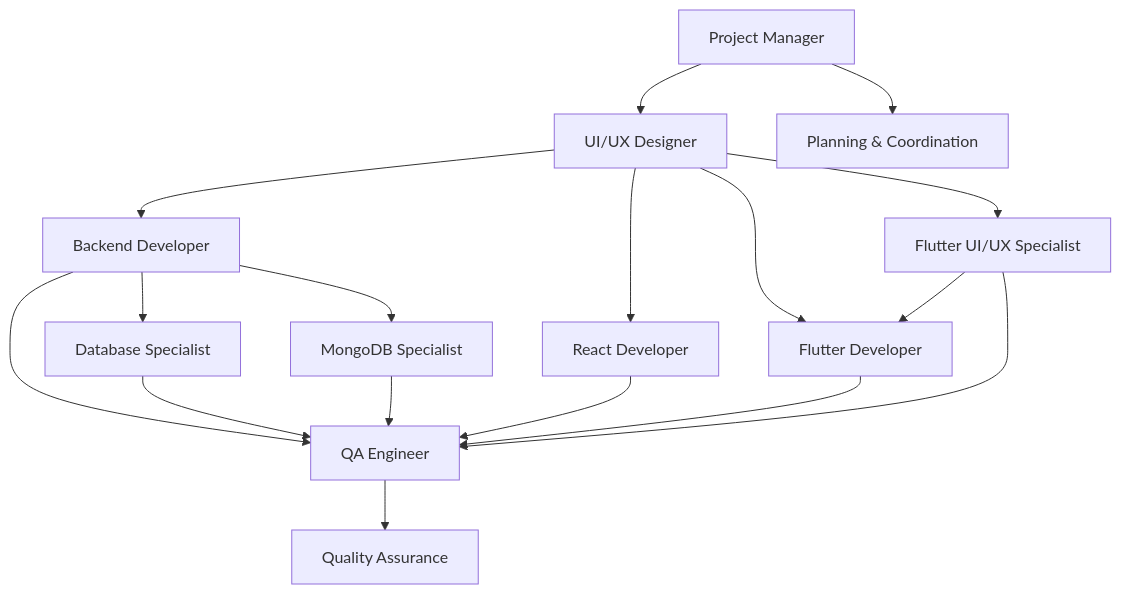
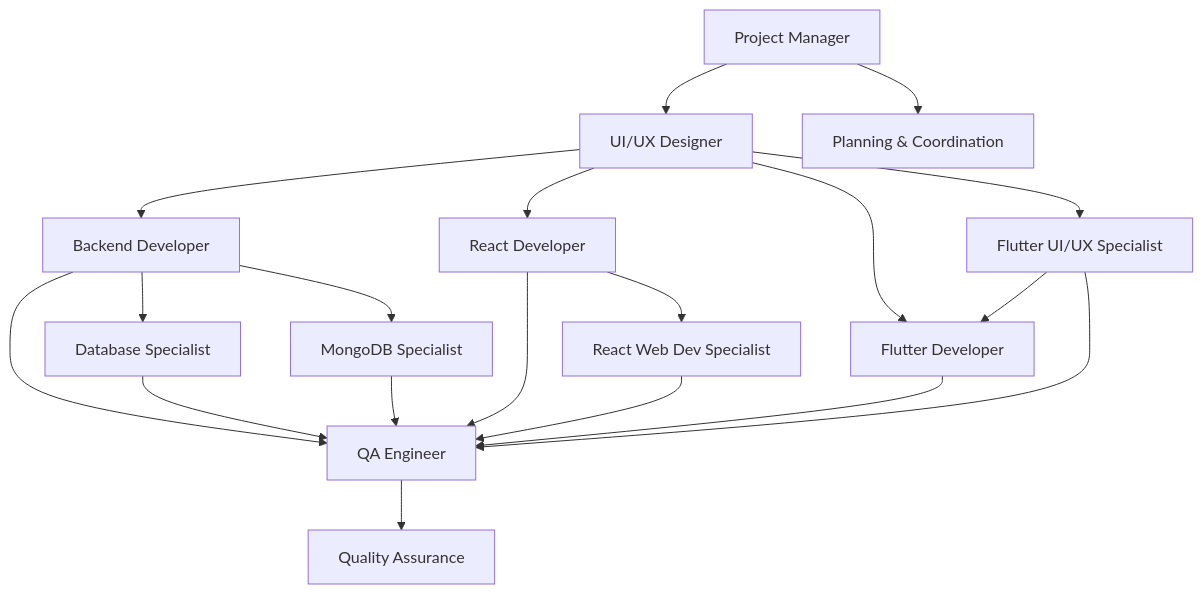
Before and after one commit to tiagofur/template-project: the diagram in agents/README.md, drawn with Mermaid. The commit also changed other lines of this file and 6 other files, not shown here.

Commit message:
Create React Web Development Specialist Agent with comprehensive documentation

````diff
--- a/agents/README.md
+++ b/agents/README.md
@@ -59,19 +61,21 @@
 ```mermaid
 graph TD
     A[Project Manager] --> B[UI/UX Designer]
     B --> C[Backend Developer]
     C --> D[Database Specialist]
     C --> D2[MongoDB Specialist]
     B --> E[React Developer]
+    E --> E2[React Web Dev Specialist]
     B --> F[Flutter Developer]
     B --> F2[Flutter UI/UX Specialist]
     F2 --> F
     C --> G[QA Engineer]
     D --> G
     D2 --> G
     E --> G
+    E2 --> G
     F --> G
     F2 --> G
     A --> H[Planning & Coordination]
     G --> I[Quality Assurance]
 ```
````
